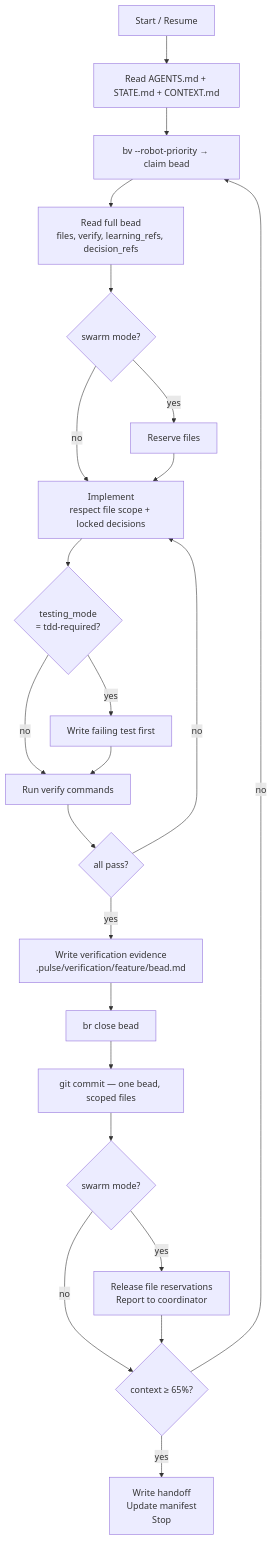
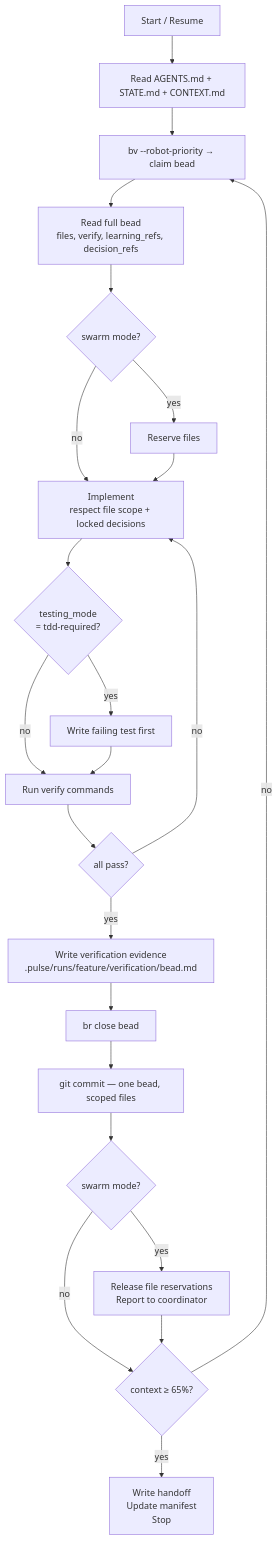
Before and after one commit to quanpersie2001/skills: the second of 7 diagrams in docs/ARCHITECTURE.md, drawn with Mermaid. The commit also changed other lines of this file and 15 other files, not shown here.

````diff
--- a/docs/ARCHITECTURE.md
+++ b/docs/ARCHITECTURE.md
@@ -243,25 +243,25 @@
 ```mermaid
 flowchart TD
     A[Start / Resume] --> B[Read AGENTS.md + STATE.md + CONTEXT.md]
     B --> C[bv --robot-priority → claim bead]
     C --> D[Read full bead\nfiles, verify, learning_refs, decision_refs]
     D --> E{swarm mode?}
     E -->|yes| F[Reserve files]
     E -->|no| G[Implement\nrespect file scope + locked decisions]
     F --> G
     G --> H{testing_mode\n= tdd-required?}
     H -->|yes| I[Write failing test first]
     H -->|no| J[Run verify commands]
     I --> J
     J --> K{all pass?}
     K -->|no| G
-    K -->|yes| L[Write verification evidence\n.pulse/verification/feature/bead.md]
+    K -->|yes| L[Write verification evidence\n.pulse/runs/feature/verification/bead.md]
     L --> M[br close bead]
     M --> N[git commit — one bead, scoped files]
     N --> O{swarm mode?}
     O -->|yes| P[Release file reservations\nReport to coordinator]
     O -->|no| Q{context ≥ 65%?}
     P --> Q
     Q -->|yes| R[Write handoff\nUpdate manifest\nStop]
     Q -->|no| C
 ```
````
